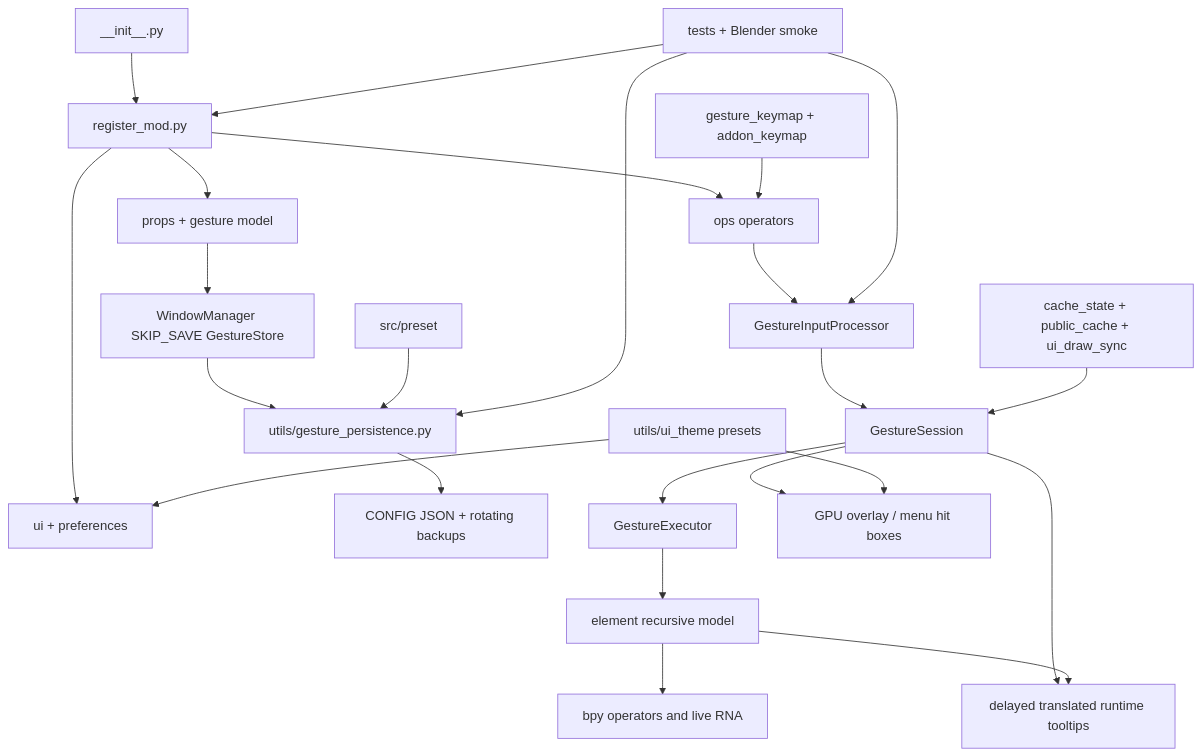
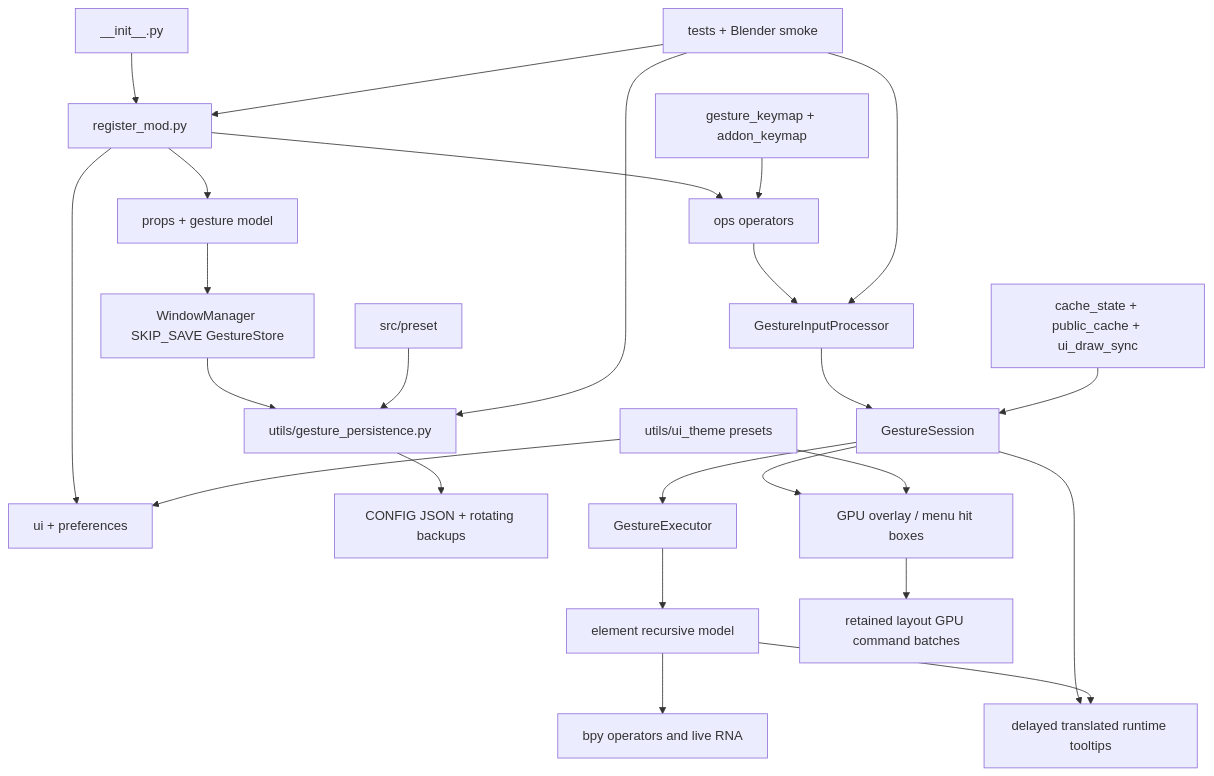
The diagram in PROJECT_CONTEXT.md (AIGODLIKE/gesture_helper), drawn with Mermaid before and after one commit. The commit also changed other lines of this file and 13 other files, not shown here.

First line of the commit message:
perf(layout): implement GPU command batching for layout rendering

````diff
--- a/PROJECT_CONTEXT.md
+++ b/PROJECT_CONTEXT.md
@@ -248,26 +264,27 @@
 ```mermaid
 flowchart TD
     Entry[__init__.py] --> Reg[register_mod.py]
     Reg --> RNA[props + gesture model]
     Reg --> UI[ui + preferences]
     Reg --> Ops[ops operators]
     RNA --> Store[WindowManager SKIP_SAVE GestureStore]
     Store --> Persist[utils/gesture_persistence.py]
     Persist --> JSON[CONFIG JSON + rotating backups]
     Ops --> Input[GestureInputProcessor]
     Input --> Session[GestureSession]
     Session --> Exec[GestureExecutor]
     Exec --> Elements[element recursive model]
     Elements --> Blender[bpy operators and live RNA]
     Session --> Draw[GPU overlay / menu hit boxes]
+    Draw --> Batch[retained layout GPU command batches]
     Theme[utils/ui_theme presets] --> Draw
     Theme --> UI
     Session --> Tooltip[delayed translated runtime tooltips]
     Elements --> Tooltip
     Cache[cache_state + public_cache + ui_draw_sync] --> Session
     Keymap[gesture_keymap + addon_keymap] --> Ops
     Presets[src/preset] --> Persist
     Tests[tests + Blender smoke] --> Reg
     Tests --> Persist
     Tests --> Input
 ```
````
